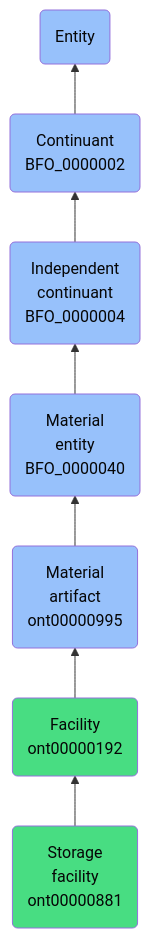
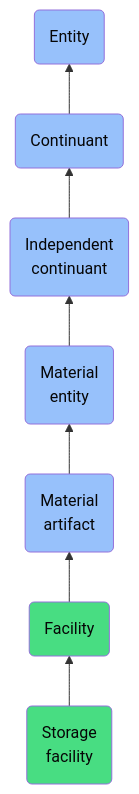
One commit to jupyter-naas/abi changed the diagram in docs/ontology/reference/model/Entity/Continuant/Independent continuant/Material entity/Material artifact/Facility/Storage facility/Storage facility.md. Above: the diagram before and after it, drawn with Mermaid. The commit also changed other lines of this file and 1430 other files, not shown here.

````diff
--- a/docs/ontology/reference/model/Entity/Continuant/Independent continuant/Material entity/Material artifact/Facility/Storage facility/Storage facility.md
+++ b/docs/ontology/reference/model/Entity/Continuant/Independent continuant/Material entity/Material artifact/Facility/Storage facility/Storage facility.md
@@ -24,14 +24,14 @@
 ```mermaid
 graph BT
-    ont00000881(Storage<br>facility<br>ont00000881):::ABI-->ont00000192
-    ont00000192(Facility<br>ont00000192):::ABI-->ont00000995
-    ont00000995(Material<br>artifact<br>ont00000995):::BFO-->BFO_0000040
-    BFO_0000040(Material<br>entity<br>BFO_0000040):::BFO-->BFO_0000004
-    BFO_0000004(Independent<br>continuant<br>BFO_0000004):::BFO-->BFO_0000002
-    BFO_0000002(Continuant<br>BFO_0000002):::BFO-->BFO_0000001
+    ont00000881(Storage<br>facility):::ABI-->ont00000192
+    ont00000192(Facility):::ABI-->ont00000995
+    ont00000995(Material<br>artifact):::BFO-->BFO_0000040
+    BFO_0000040(Material<br>entity):::BFO-->BFO_0000004
+    BFO_0000004(Independent<br>continuant):::BFO-->BFO_0000002
+    BFO_0000002(Continuant):::BFO-->BFO_0000001
     BFO_0000001(Entity):::BFO
     
     classDef BFO fill:#97c1fb,color:#060606
     classDef CCO fill:#e4c51e,color:#060606
     classDef ABI fill:#48DD82,color:#060606
 ```
````
